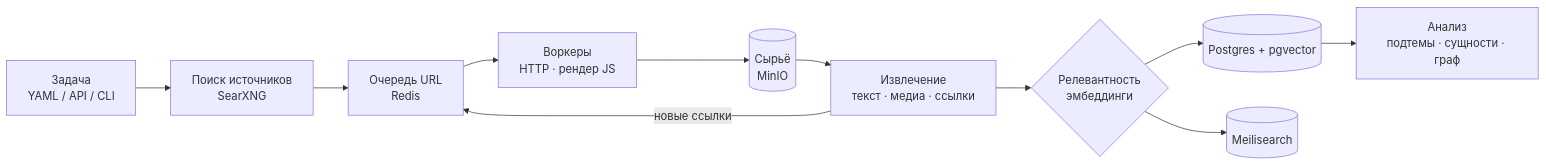
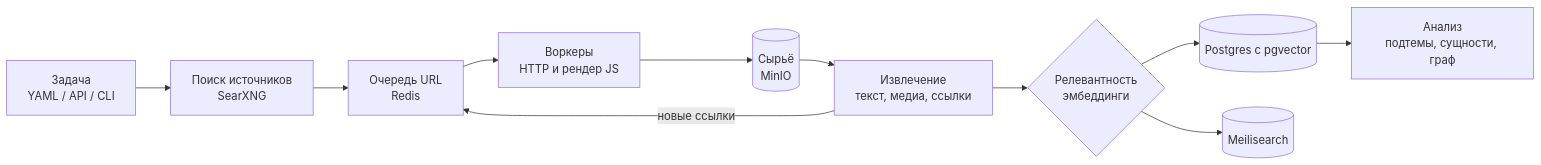
One commit to gro225/universal-scraper changed the diagram in README.md. Above: the diagram before and after it, drawn with Mermaid. The commit also changed other lines of this file, not shown here.

Commit message:
README: stack as a list, no dot separators

````diff
--- a/README.md
+++ b/README.md
@@ -40,13 +40,13 @@
 ```mermaid
 flowchart LR
     T[Задача<br/>YAML / API / CLI] --> D[Поиск источников<br/>SearXNG]
     D --> F[Очередь URL<br/>Redis]
-    F --> W[Воркеры<br/>HTTP · рендер JS]
+    F --> W[Воркеры<br/>HTTP и рендер JS]
     W --> B[(Сырьё<br/>MinIO)]
-    B --> E[Извлечение<br/>текст · медиа · ссылки]
+    B --> E[Извлечение<br/>текст, медиа, ссылки]
     E -->|новые ссылки| F
     E --> R{Релевантность<br/>эмбеддинги}
-    R --> S[(Postgres + pgvector)]
+    R --> S[(Postgres с pgvector)]
     R --> M[(Meilisearch)]
-    S --> A[Анализ<br/>подтемы · сущности · граф]
+    S --> A[Анализ<br/>подтемы, сущности, граф]
 ```
````
